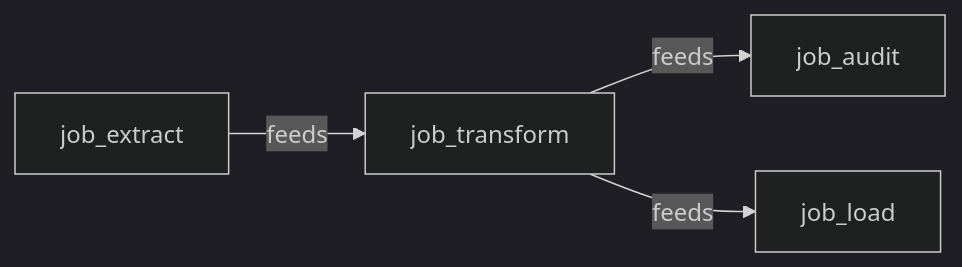
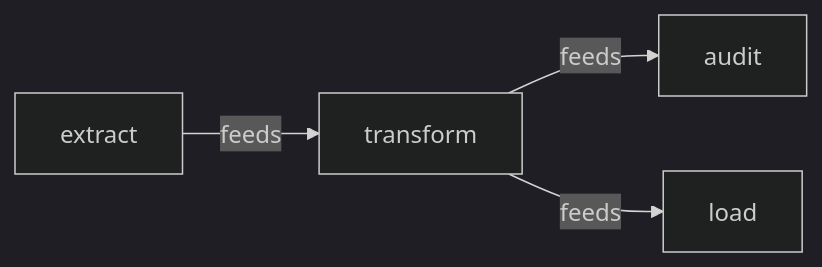
One commit to aontu-lang/aontu changed the diagram in use-cases/12-relations/expected/diagram-graph.mmd. Above: the diagram before and after it, drawn with Mermaid (dark theme). The commit also changed 6 other files, not shown here.

```diff
--- a/use-cases/12-relations/expected/diagram-graph.mmd
+++ b/use-cases/12-relations/expected/diagram-graph.mmd
@@ -1,8 +1,8 @@
 graph LR
-  n_job_audit["job_audit"]
-  n_job_extract["job_extract"]
-  n_job_load["job_load"]
-  n_job_transform["job_transform"]
-  n_job_extract -->|"feeds"| n_job_transform
-  n_job_transform -->|"feeds"| n_job_audit
-  n_job_transform -->|"feeds"| n_job_load
+  n___pipeline_jobs_audit["audit"]
+  n___pipeline_jobs_extract["extract"]
+  n___pipeline_jobs_load["load"]
+  n___pipeline_jobs_transform["transform"]
+  n___pipeline_jobs_extract -->|"feeds"| n___pipeline_jobs_transform
+  n___pipeline_jobs_transform -->|"feeds"| n___pipeline_jobs_audit
+  n___pipeline_jobs_transform -->|"feeds"| n___pipeline_jobs_load
```
